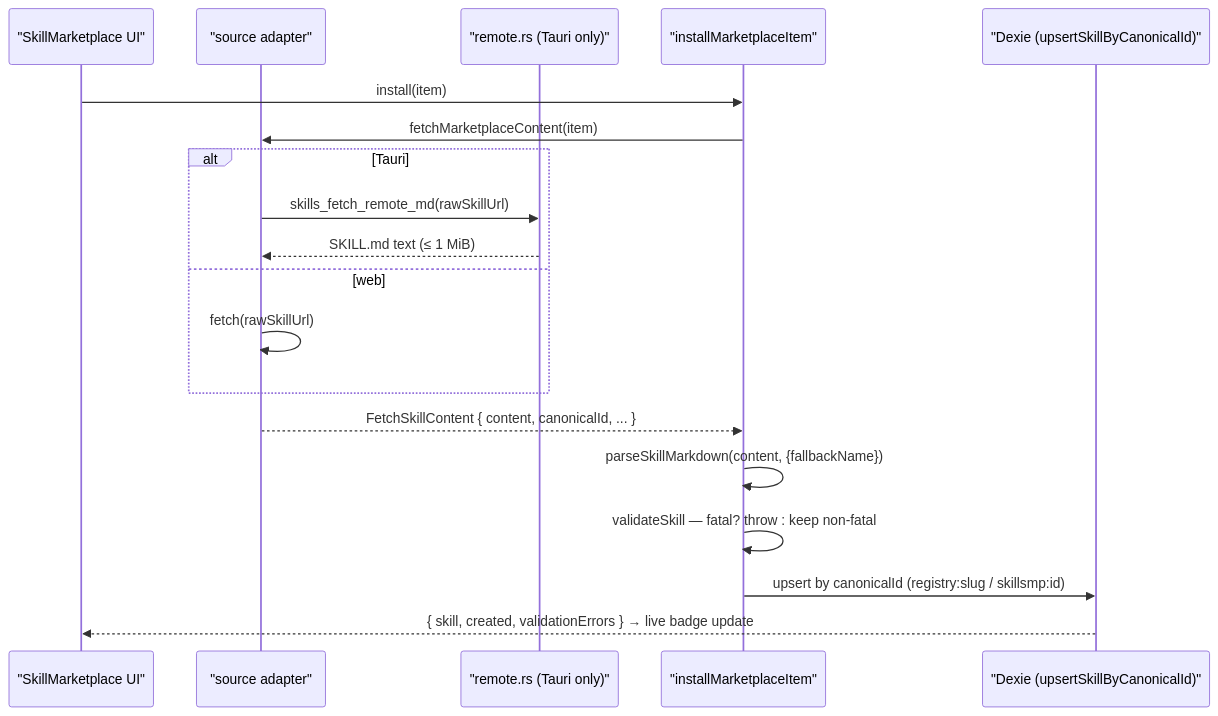
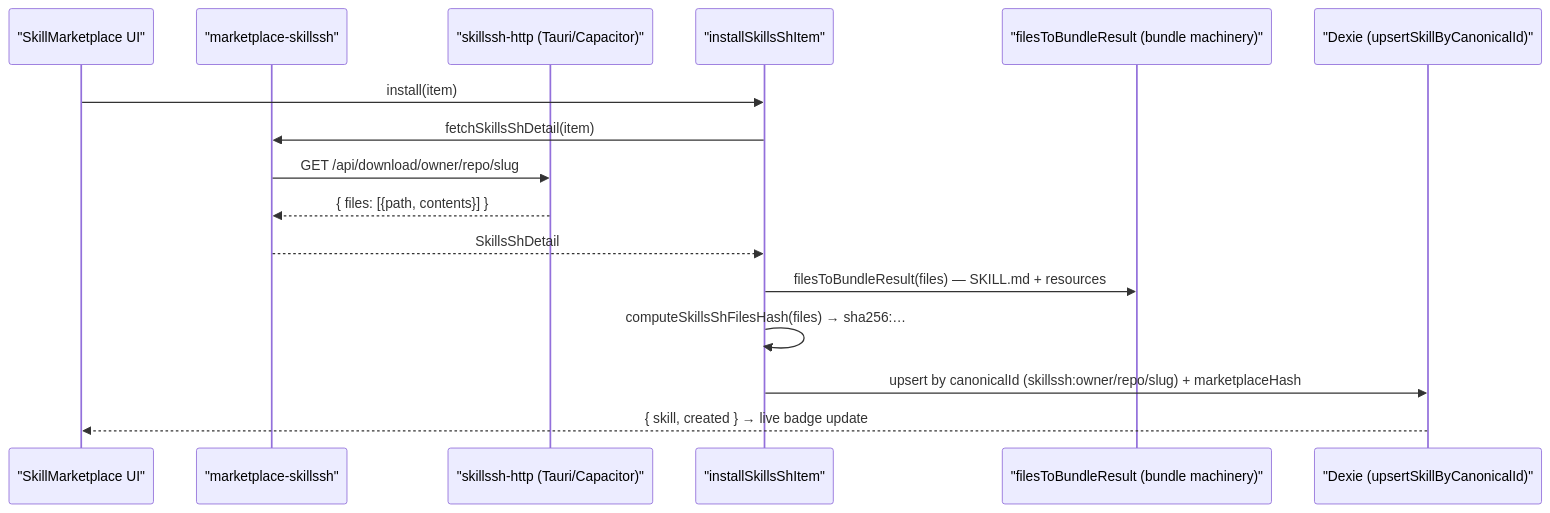
Before and after one commit to MaxQian888/cognia-next: the second of 3 diagrams in docs/content/docs/en/subsystems/skills/marketplace.mdx, drawn with Mermaid. The commit also changed other lines of this file and 11 other files, not shown here.

First line of the commit message:
docs(skills): rewrite marketplace docs for skills.sh + branch-coverage tests

````diff
--- a/docs/content/docs/en/subsystems/skills/marketplace.mdx
+++ b/docs/content/docs/en/subsystems/skills/marketplace.mdx
@@ -145,21 +245,18 @@
 ```mermaid
 sequenceDiagram
   participant UI as "SkillMarketplace UI"
-  participant AD as "source adapter"
-  participant RS as "remote.rs (Tauri only)"
-  participant IN as "installMarketplaceItem"
+  participant AD as "marketplace-skillssh"
+  participant HT as "skillssh-http (Tauri/Capacitor)"
+  participant IN as "installSkillsShItem"
+  participant BU as "filesToBundleResult (bundle machinery)"
   participant DB as "Dexie (upsertSkillByCanonicalId)"
   UI->>IN: install(item)
-  IN->>AD: fetchMarketplaceContent(item)
-  alt Tauri
-    AD->>RS: skills_fetch_remote_md(rawSkillUrl)
-    RS-->>AD: SKILL.md text (≤ 1 MiB)
-  else web
-    AD->>AD: fetch(rawSkillUrl)
-  end
-  AD-->>IN: FetchSkillContent { content, canonicalId, ... }
-  IN->>IN: parseSkillMarkdown(content, {fallbackName})
-  IN->>IN: validateSkill — fatal? throw : keep non-fatal
-  IN->>DB: upsert by canonicalId (registry:slug / skillsmp:id)
-  DB-->>UI: { skill, created, validationErrors } → live badge update
+  IN->>AD: fetchSkillsShDetail(item)
+  AD->>HT: GET /api/download/owner/repo/slug
+  HT-->>AD: { files: [{path, contents}] }
+  AD-->>IN: SkillsShDetail
+  IN->>BU: filesToBundleResult(files) — SKILL.md + resources
+  IN->>IN: computeSkillsShFilesHash(files) → sha256:…
+  IN->>DB: upsert by canonicalId (skillssh:owner/repo/slug) + marketplaceHash
+  DB-->>UI: { skill, created } → live badge update
 ```
````
